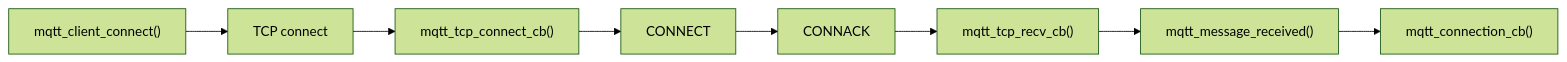
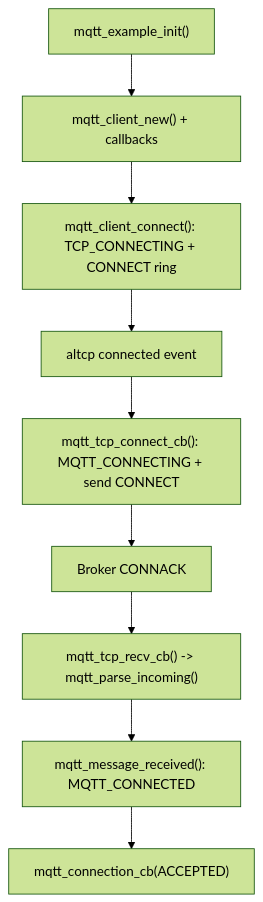
Before and after one commit to wdfk-prog/lwIP-Source-Lab: the eighth of 10 diagrams in docs/34-mqtt.md, drawn with Mermaid (forest theme). The commit also changed other lines of this file and 49 other files, not shown here.

````diff
--- a/docs/34-mqtt.md
+++ b/docs/34-mqtt.md
@@ -167,10 +1268,11 @@
 ```mermaid
-flowchart LR
-    A["mqtt_client_connect()"] --> B["TCP connect"]
-    B --> C["mqtt_tcp_connect_cb()"]
-    C --> D["CONNECT"]
-    D --> E["CONNACK"]
-    E --> F["mqtt_tcp_recv_cb()"]
-    F --> G["mqtt_message_received()"]
-    G --> H["mqtt_connection_cb()"]
+flowchart TD
+    A["mqtt_example_init()"] --> B["mqtt_client_new() + callbacks"]
+    B --> C["mqtt_client_connect(): TCP_CONNECTING + CONNECT ring"]
+    C --> D["altcp connected event"]
+    D --> E["mqtt_tcp_connect_cb(): MQTT_CONNECTING + send CONNECT"]
+    E --> F["Broker CONNACK"]
+    F --> G["mqtt_tcp_recv_cb() -> mqtt_parse_incoming()"]
+    G --> H["mqtt_message_received(): MQTT_CONNECTED"]
+    H --> I["mqtt_connection_cb(ACCEPTED)"]
 ```
````
